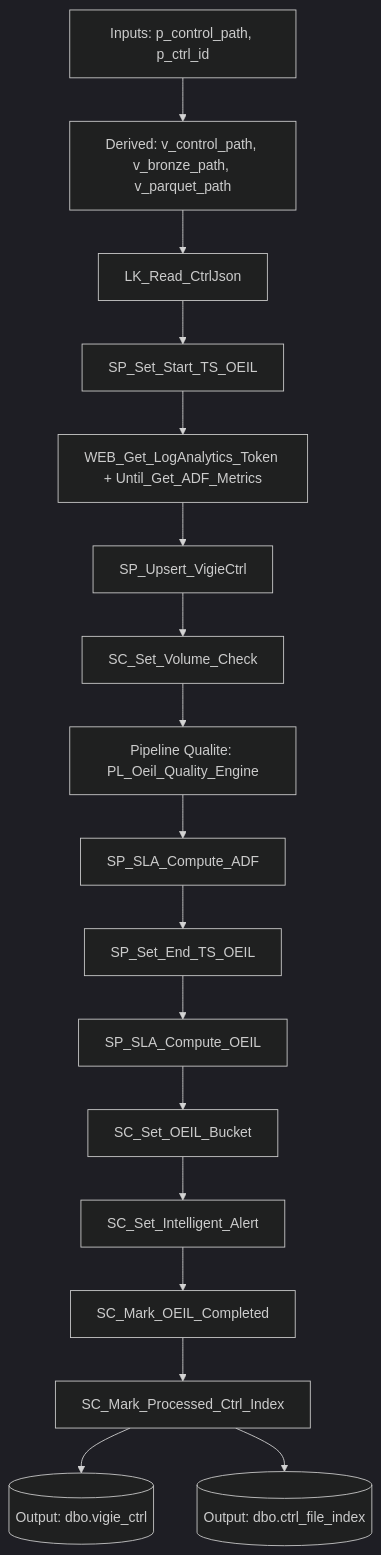
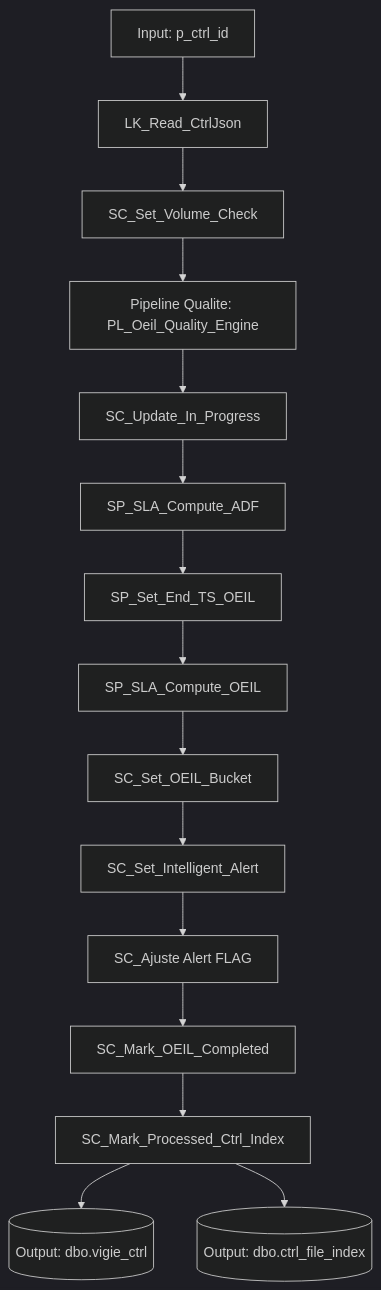
The third of 3 diagrams in docs/technical_reference/adf_pipelines.md (lawiz22/OeilTest), drawn with Mermaid (dark theme) before and after one commit. The commit also changed other lines of this file and 8 other files, not shown here.

Commit message:
feat: Update architecture documentation and pipeline references for improved clarity and accuracy

````diff
--- a/docs/technical_reference/adf_pipelines.md
+++ b/docs/technical_reference/adf_pipelines.md
@@ -228,20 +293,18 @@
 ```mermaid
 flowchart TD
-	A[Inputs: p_control_path, p_ctrl_id] --> B[Derived: v_control_path, v_bronze_path, v_parquet_path]
-	B --> C[LK_Read_CtrlJson]
-	C --> D[SP_Set_Start_TS_OEIL]
-	D --> E[WEB_Get_LogAnalytics_Token + Until_Get_ADF_Metrics]
-	E --> F[SP_Upsert_VigieCtrl]
-	F --> G[SC_Set_Volume_Check]
-	G --> H[Pipeline Qualite: PL_Oeil_Quality_Engine]
-	H --> I[SP_SLA_Compute_ADF]
-	I --> J[SP_Set_End_TS_OEIL]
-	J --> K[SP_SLA_Compute_OEIL]
-	K --> L[SC_Set_OEIL_Bucket]
-	L --> M[SC_Set_Intelligent_Alert]
-	M --> N[SC_Mark_OEIL_Completed]
-	N --> O[SC_Mark_Processed_Ctrl_Index]
+	A[Input: p_ctrl_id] --> B[LK_Read_CtrlJson]
+	B --> C[SC_Set_Volume_Check]
+	C --> D[Pipeline Qualite: PL_Oeil_Quality_Engine]
+	D --> E[SC_Update_In_Progress]
+	E --> F[SP_SLA_Compute_ADF]
+	F --> G[SP_Set_End_TS_OEIL]
+	G --> H[SP_SLA_Compute_OEIL]
+	H --> I[SC_Set_OEIL_Bucket]
+	I --> J[SC_Set_Intelligent_Alert]
+	J --> K[SC_Ajuste Alert FLAG]
+	K --> L[SC_Mark_OEIL_Completed]
+	L --> M[SC_Mark_Processed_Ctrl_Index]
 
-	O --> P[(Output: dbo.vigie_ctrl)]
-	O --> Q[(Output: dbo.ctrl_file_index)]
+	M --> N[(Output: dbo.vigie_ctrl)]
+	M --> O[(Output: dbo.ctrl_file_index)]
 ```
````
